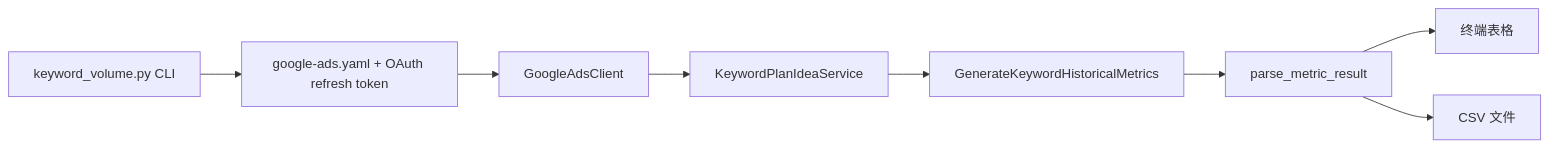
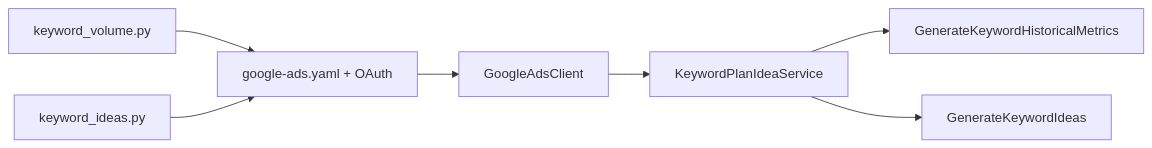
One commit to CoderLim/keyword-kits changed the diagram in packages/google-ads/docs/TECH.md. Above: the diagram before and after it, drawn with Mermaid. The commit also changed other lines of this file and 8 other files, not shown here.

First line of the commit message:
feat: add Google Ads keyword ideas CLI and skill

````diff
--- a/packages/google-ads/docs/TECH.md
+++ b/packages/google-ads/docs/TECH.md
@@ -9,10 +12,9 @@
 ```mermaid
 flowchart LR
-  CLI[keyword_volume.py CLI] --> Auth[google-ads.yaml + OAuth refresh token]
+  VolumeCLI[keyword_volume.py] --> Auth[google-ads.yaml + OAuth]
+  IdeasCLI[keyword_ideas.py] --> Auth
   Auth --> Client[GoogleAdsClient]
   Client --> KPI[KeywordPlanIdeaService]
-  KPI --> API[GenerateKeywordHistoricalMetrics]
-  API --> Parse[parse_metric_result]
-  Parse --> Table[终端表格]
-  Parse --> CSV[CSV 文件]
+  KPI --> Metrics[GenerateKeywordHistoricalMetrics]
+  KPI --> Ideas[GenerateKeywordIdeas]
 ```
````
